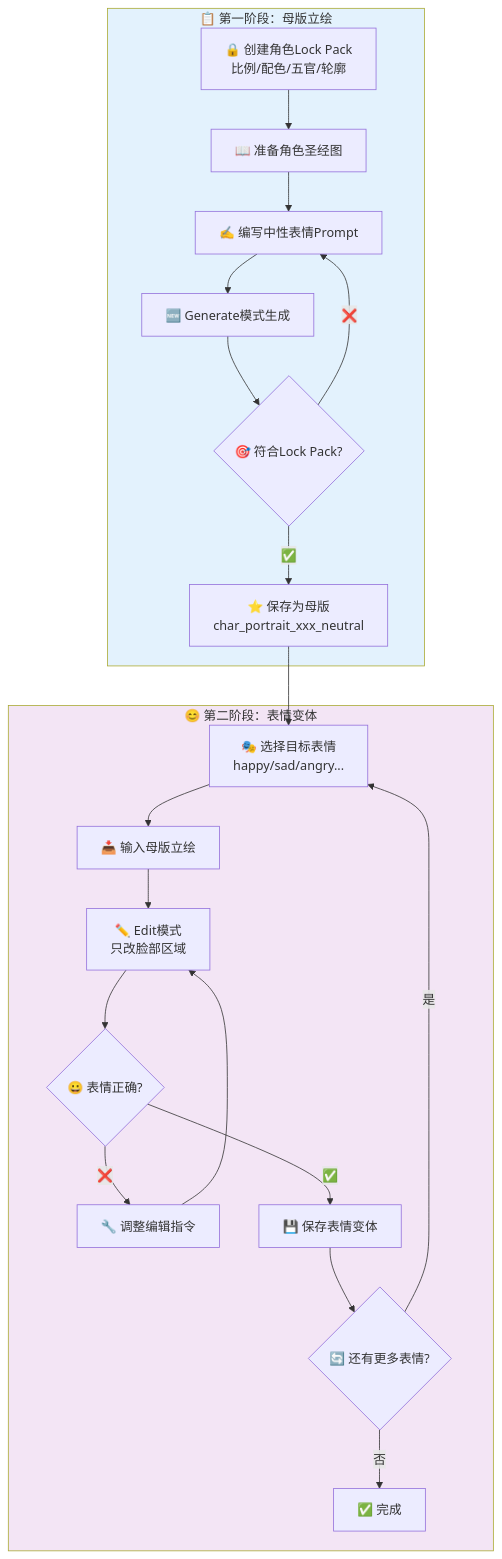
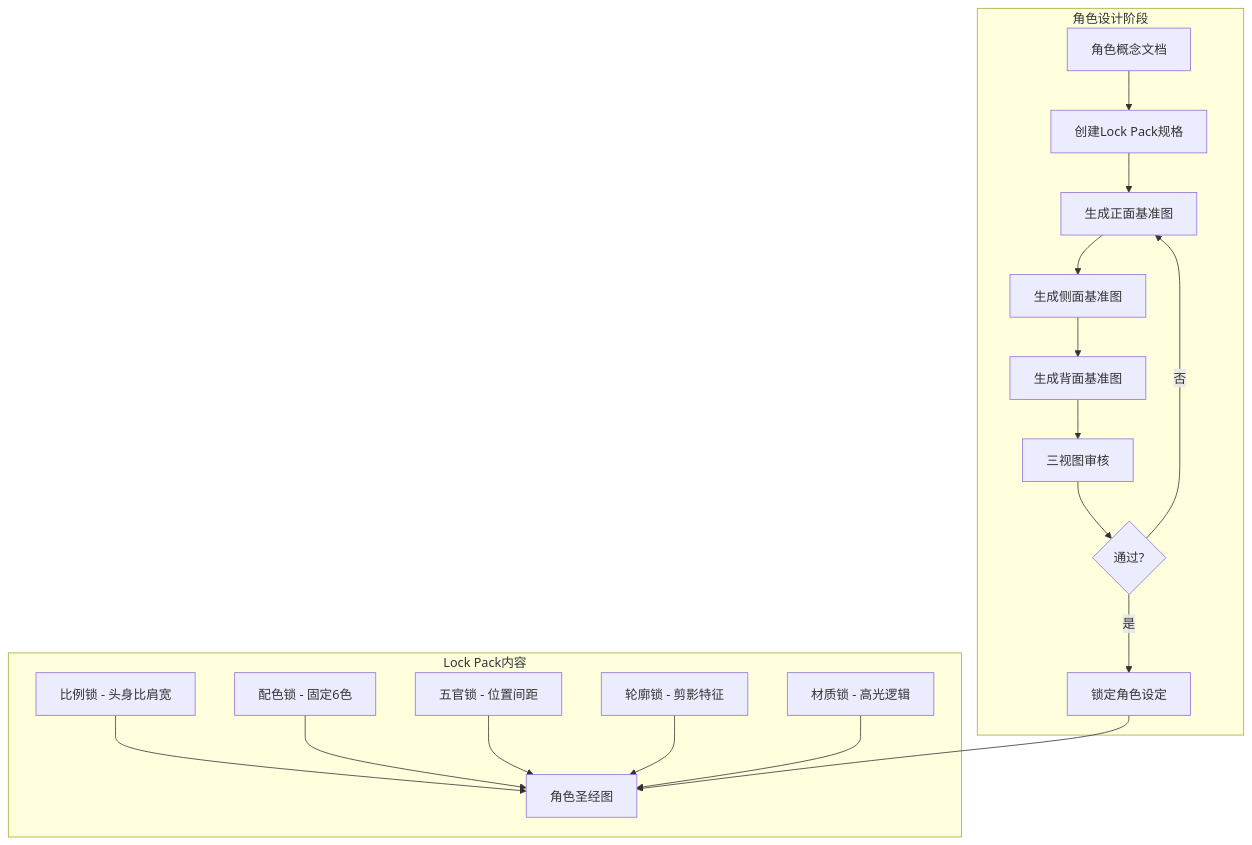
Before and after one commit to angelash/Footnote: the second of 17 diagrams in docs/art/资产生产流程图汇总.md, drawn with Mermaid. The commit also changed other lines of this file and 59 other files, not shown here.

````diff
--- a/docs/art/资产生产流程图汇总.md
+++ b/docs/art/资产生产流程图汇总.md
@@ -58,28 +55,28 @@
 ```mermaid
 flowchart TB
-    subgraph Phase1["📋 第一阶段：母版立绘"]
-        A1["🔒 创建角色Lock Pack<br/>比例/配色/五官/轮廓"] --> A2["📖 准备角色圣经图"]
-        A2 --> A3["✍️ 编写中性表情Prompt"]
-        A3 --> A4["🆕 Generate模式生成"]
-        A4 --> A5{"🎯 符合Lock Pack?"}
-        A5 -->|"❌"| A3
-        A5 -->|"✅"| A6["⭐ 保存为母版<br/>char_portrait_xxx_neutral"]
+    subgraph CharDesign["角色设计阶段"]
+        A1["角色概念文档"] --> A2["创建Lock Pack规格"]
+        A2 --> A3["生成正面基准图"]
+        A3 --> A4["生成侧面基准图"]
+        A4 --> A5["生成背面基准图"]
+        A5 --> A6["三视图审核"]
+        A6 --> A7{"通过?"}
+        A7 -->|"否"| A3
+        A7 -->|"是"| A8["锁定角色设定"]
     end
     
-    subgraph Phase2["😊 第二阶段：表情变体"]
-        B1["🎭 选择目标表情<br/>happy/sad/angry..."] --> B2["📥 输入母版立绘"]
-        B2 --> B3["✏️ Edit模式<br/>只改脸部区域"]
-        B3 --> B4{"😀 表情正确?"}
-        B4 -->|"❌"| B5["🔧 调整编辑指令"]
-        B5 --> B3
-        B4 -->|"✅"| B6["💾 保存表情变体"]
-        B6 --> B7{"🔄 还有更多表情?"}
-        B7 -->|"是"| B1
-        B7 -->|"否"| B8["✅ 完成"]
+    subgraph LockPack["Lock Pack内容"]
+        B1["比例锁 - 头身比肩宽"]
+        B2["配色锁 - 固定6色"]
+        B3["五官锁 - 位置间距"]
+        B4["轮廓锁 - 剪影特征"]
+        B5["材质锁 - 高光逻辑"]
+        B1 --> B6["角色圣经图"]
+        B2 --> B6
+        B3 --> B6
+        B4 --> B6
+        B5 --> B6
     end
     
-    A6 --> B1
-    
-    style Phase1 fill:#e3f2fd
-    style Phase2 fill:#f3e5f5
+    A8 --> B6
 ```
````
